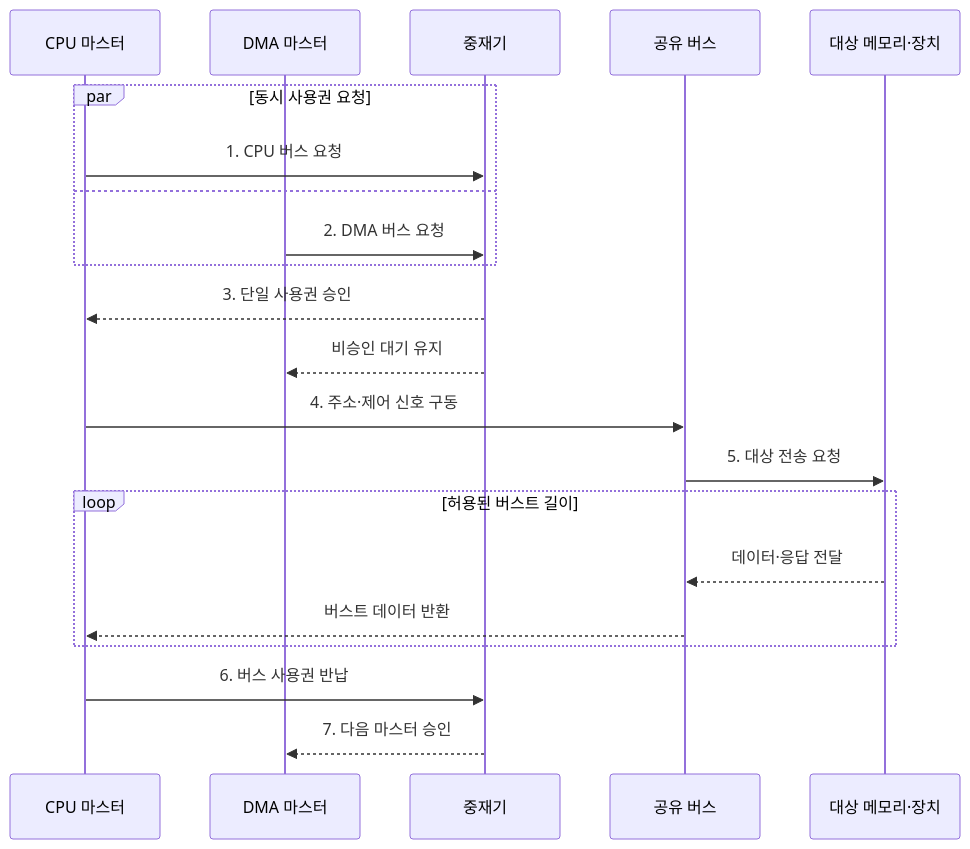
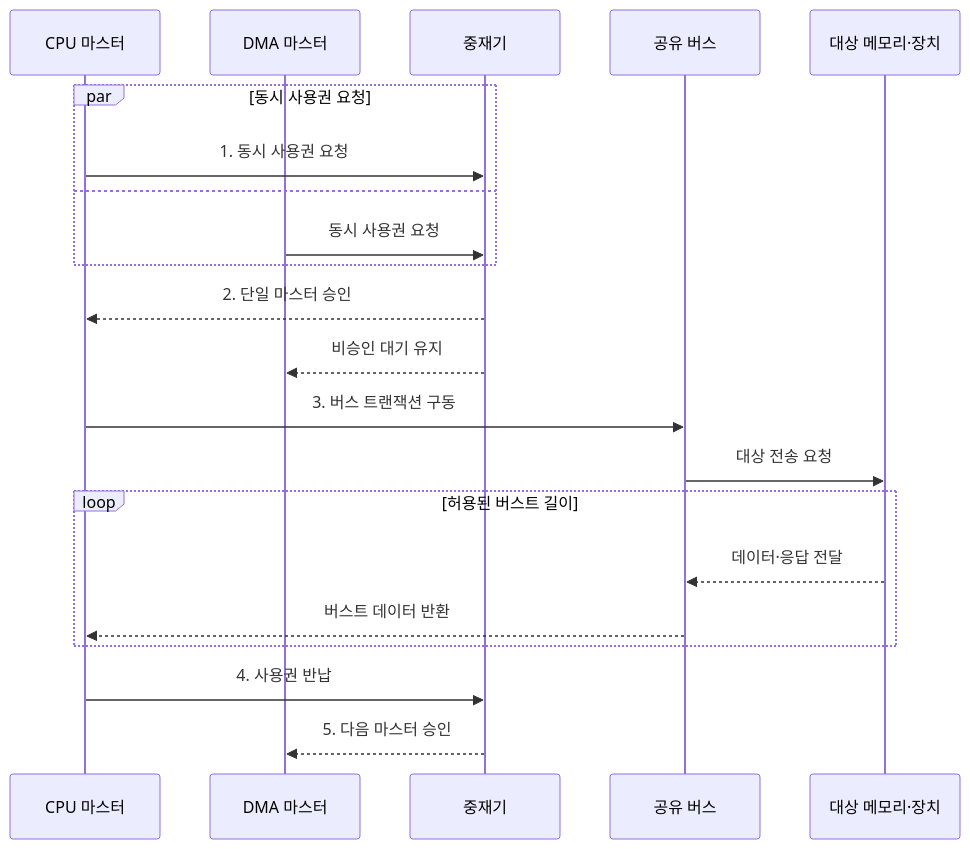
One commit to agnusdei1207/knowledge-base changed the second of 2 diagrams in src/content/docs/notes/02-hardware/036_bus_arbitration.md. Above: the diagram before and after it, drawn with Mermaid. The commit also changed other lines of this file and 86 other files, not shown here.

````diff
--- a/src/content/docs/notes/02-hardware/036_bus_arbitration.md
+++ b/src/content/docs/notes/02-hardware/036_bus_arbitration.md
@@ -82,23 +82,23 @@
 ```mermaid
 sequenceDiagram
     participant C as CPU 마스터
     participant D as DMA 마스터
     participant A as 중재기
     participant B as 공유 버스
     participant T as 대상 메모리·장치
     par 동시 사용권 요청
-        C->>A: 1. CPU 버스 요청
+        C->>A: 1. 동시 사용권 요청
     and
-        D->>A: 2. DMA 버스 요청
+        D->>A: 동시 사용권 요청
     end
-    A-->>C: 3. 단일 사용권 승인
+    A-->>C: 2. 단일 마스터 승인
     A-->>D: 비승인 대기 유지
-    C->>B: 4. 주소·제어 신호 구동
-    B->>T: 5. 대상 전송 요청
+    C->>B: 3. 버스 트랜잭션 구동
+    B->>T: 대상 전송 요청
     loop 허용된 버스트 길이
         T-->>B: 데이터·응답 전달
         B-->>C: 버스트 데이터 반환
     end
-    C->>A: 6. 버스 사용권 반납
-    A-->>D: 7. 다음 마스터 승인
+    C->>A: 4. 사용권 반납
+    A-->>D: 5. 다음 마스터 승인
 ```
````
